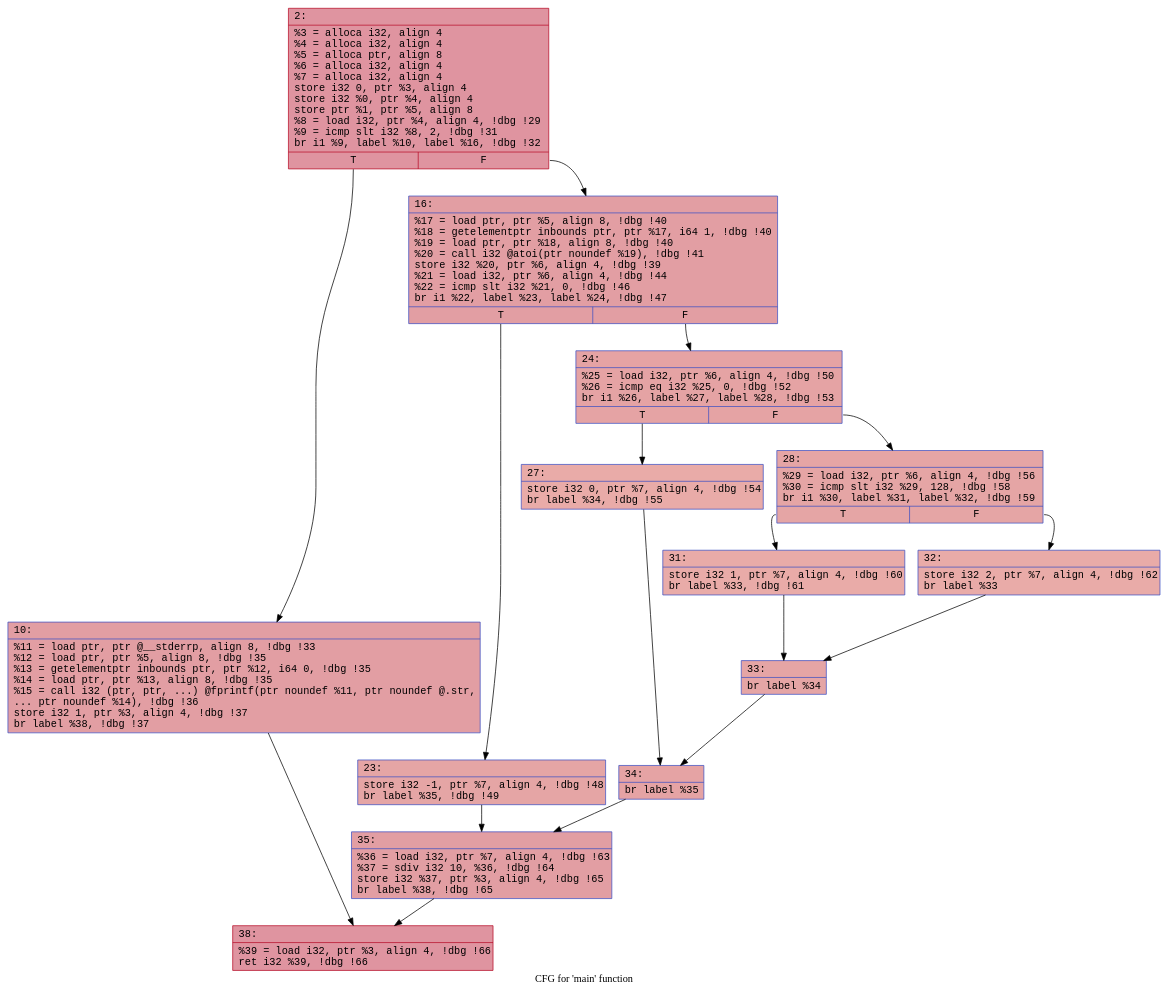
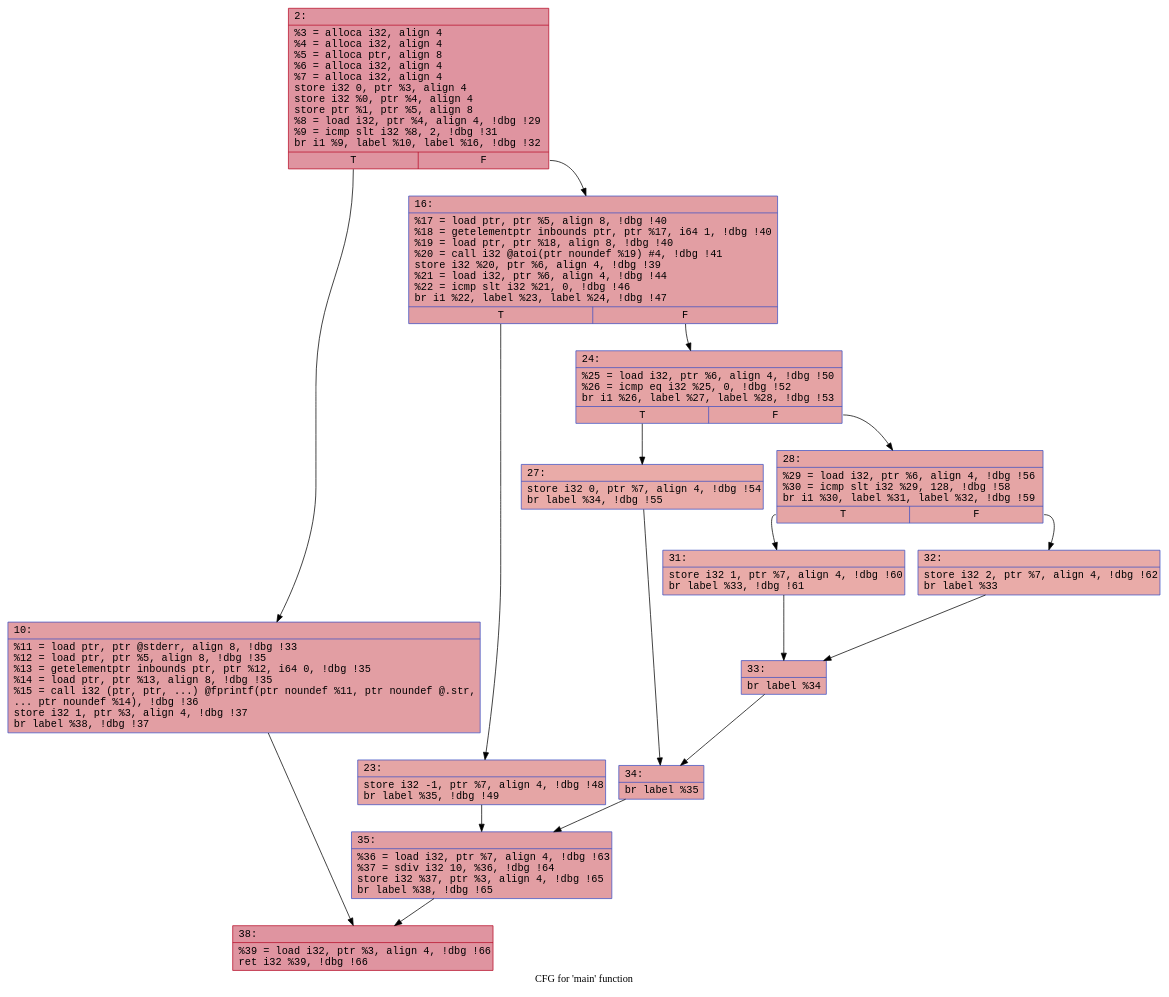
The diagram in llvm/feli/cfgs/mainPUA.dot (FelicitasGarcia/MimicryMonitor), drawn with Graphviz before and after one commit. The commit also changed 65 other files, not shown here.

```diff
--- a/llvm/feli/cfgs/mainPUA.dot
+++ b/llvm/feli/cfgs/mainPUA.dot
@@ -1,33 +1,33 @@
 digraph "CFG for 'main' function" {
 	label="CFG for 'main' function";
 
-	Node0x600003a809b0 [shape=record,color="#b70d28ff", style=filled, fillcolor="#b70d2870" fontname="Courier",label="{2:\l|  %3 = alloca i32, align 4\l  %4 = alloca i32, align 4\l  %5 = alloca ptr, align 8\l  %6 = alloca i32, align 4\l  %7 = alloca i32, align 4\l  store i32 0, ptr %3, align 4\l  store i32 %0, ptr %4, align 4\l  store ptr %1, ptr %5, align 8\l  %8 = load i32, ptr %4, align 4, !dbg !29\l  %9 = icmp slt i32 %8, 2, !dbg !31\l  br i1 %9, label %10, label %16, !dbg !32\l|{<s0>T|<s1>F}}"];
-	Node0x600003a809b0:s0 -> Node0x600003a80a50;
-	Node0x600003a809b0:s1 -> Node0x600003a80aa0;
-	Node0x600003a80a50 [shape=record,color="#3d50c3ff", style=filled, fillcolor="#be242e70" fontname="Courier",label="{10:\l|  %11 = load ptr, ptr @__stderrp, align 8, !dbg !33\l  %12 = load ptr, ptr %5, align 8, !dbg !35\l  %13 = getelementptr inbounds ptr, ptr %12, i64 0, !dbg !35\l  %14 = load ptr, ptr %13, align 8, !dbg !35\l  %15 = call i32 (ptr, ptr, ...) @fprintf(ptr noundef %11, ptr noundef @.str,\l... ptr noundef %14), !dbg !36\l  store i32 1, ptr %3, align 4, !dbg !37\l  br label %38, !dbg !37\l}"];
-	Node0x600003a80a50 -> Node0x600003a80b40;
-	Node0x600003a80aa0 [shape=record,color="#3d50c3ff", style=filled, fillcolor="#be242e70" fontname="Courier",label="{16:\l|  %17 = load ptr, ptr %5, align 8, !dbg !40\l  %18 = getelementptr inbounds ptr, ptr %17, i64 1, !dbg !40\l  %19 = load ptr, ptr %18, align 8, !dbg !40\l  %20 = call i32 @atoi(ptr noundef %19), !dbg !41\l  store i32 %20, ptr %6, align 4, !dbg !39\l  %21 = load i32, ptr %6, align 4, !dbg !44\l  %22 = icmp slt i32 %21, 0, !dbg !46\l  br i1 %22, label %23, label %24, !dbg !47\l|{<s0>T|<s1>F}}"];
-	Node0x600003a80aa0:s0 -> Node0x600003a80be0;
-	Node0x600003a80aa0:s1 -> Node0x600003a80c30;
-	Node0x600003a80be0 [shape=record,color="#3d50c3ff", style=filled, fillcolor="#c5333470" fontname="Courier",label="{23:\l|  store i32 -1, ptr %7, align 4, !dbg !48\l  br label %35, !dbg !49\l}"];
-	Node0x600003a80be0 -> Node0x600003a80c80;
-	Node0x600003a80c30 [shape=record,color="#3d50c3ff", style=filled, fillcolor="#c32e3170" fontname="Courier",label="{24:\l|  %25 = load i32, ptr %6, align 4, !dbg !50\l  %26 = icmp eq i32 %25, 0, !dbg !52\l  br i1 %26, label %27, label %28, !dbg !53\l|{<s0>T|<s1>F}}"];
-	Node0x600003a80c30:s0 -> Node0x600003a80cd0;
-	Node0x600003a80c30:s1 -> Node0x600003a80d20;
-	Node0x600003a80cd0 [shape=record,color="#3d50c3ff", style=filled, fillcolor="#cc403a70" fontname="Courier",label="{27:\l|  store i32 0, ptr %7, align 4, !dbg !54\l  br label %34, !dbg !55\l}"];
-	Node0x600003a80cd0 -> Node0x600003a80d70;
-	Node0x600003a80d20 [shape=record,color="#3d50c3ff", style=filled, fillcolor="#c5333470" fontname="Courier",label="{28:\l|  %29 = load i32, ptr %6, align 4, !dbg !56\l  %30 = icmp slt i32 %29, 128, !dbg !58\l  br i1 %30, label %31, label %32, !dbg !59\l|{<s0>T|<s1>F}}"];
-	Node0x600003a80d20:s0 -> Node0x600003a80dc0;
-	Node0x600003a80d20:s1 -> Node0x600003a80e10;
-	Node0x600003a80dc0 [shape=record,color="#3d50c3ff", style=filled, fillcolor="#cc403a70" fontname="Courier",label="{31:\l|  store i32 1, ptr %7, align 4, !dbg !60\l  br label %33, !dbg !61\l}"];
-	Node0x600003a80dc0 -> Node0x600003a80e60;
-	Node0x600003a80e10 [shape=record,color="#3d50c3ff", style=filled, fillcolor="#cc403a70" fontname="Courier",label="{32:\l|  store i32 2, ptr %7, align 4, !dbg !62\l  br label %33\l}"];
-	Node0x600003a80e10 -> Node0x600003a80e60;
-	Node0x600003a80e60 [shape=record,color="#3d50c3ff", style=filled, fillcolor="#c5333470" fontname="Courier",label="{33:\l|  br label %34\l}"];
-	Node0x600003a80e60 -> Node0x600003a80d70;
-	Node0x600003a80d70 [shape=record,color="#3d50c3ff", style=filled, fillcolor="#c32e3170" fontname="Courier",label="{34:\l|  br label %35\l}"];
-	Node0x600003a80d70 -> Node0x600003a80c80;
-	Node0x600003a80c80 [shape=record,color="#3d50c3ff", style=filled, fillcolor="#be242e70" fontname="Courier",label="{35:\l|  %36 = load i32, ptr %7, align 4, !dbg !63\l  %37 = sdiv i32 10, %36, !dbg !64\l  store i32 %37, ptr %3, align 4, !dbg !65\l  br label %38, !dbg !65\l}"];
-	Node0x600003a80c80 -> Node0x600003a80b40;
-	Node0x600003a80b40 [shape=record,color="#b70d28ff", style=filled, fillcolor="#b70d2870" fontname="Courier",label="{38:\l|  %39 = load i32, ptr %3, align 4, !dbg !66\l  ret i32 %39, !dbg !66\l}"];
+	Node0x5d8470920af0 [shape=record,color="#b70d28ff", style=filled, fillcolor="#b70d2870" fontname="Courier",label="{2:\l|  %3 = alloca i32, align 4\l  %4 = alloca i32, align 4\l  %5 = alloca ptr, align 8\l  %6 = alloca i32, align 4\l  %7 = alloca i32, align 4\l  store i32 0, ptr %3, align 4\l  store i32 %0, ptr %4, align 4\l  store ptr %1, ptr %5, align 8\l  %8 = load i32, ptr %4, align 4, !dbg !29\l  %9 = icmp slt i32 %8, 2, !dbg !31\l  br i1 %9, label %10, label %16, !dbg !32\l|{<s0>T|<s1>F}}"];
+	Node0x5d8470920af0:s0 -> Node0x5d8470925e80[tooltip="2 -> 10\nProbability 50.00%" ];
+	Node0x5d8470920af0:s1 -> Node0x5d8470925f20[tooltip="2 -> 16\nProbability 50.00%" ];
+	Node0x5d8470925e80 [shape=record,color="#3d50c3ff", style=filled, fillcolor="#be242e70" fontname="Courier",label="{10:\l|  %11 = load ptr, ptr @stderr, align 8, !dbg !33\l  %12 = load ptr, ptr %5, align 8, !dbg !35\l  %13 = getelementptr inbounds ptr, ptr %12, i64 0, !dbg !35\l  %14 = load ptr, ptr %13, align 8, !dbg !35\l  %15 = call i32 (ptr, ptr, ...) @fprintf(ptr noundef %11, ptr noundef @.str,\l... ptr noundef %14), !dbg !36\l  store i32 1, ptr %3, align 4, !dbg !37\l  br label %38, !dbg !37\l}"];
+	Node0x5d8470925e80 -> Node0x5d8470927070[tooltip="10 -> 38\nProbability 100.00%" ];
+	Node0x5d8470925f20 [shape=record,color="#3d50c3ff", style=filled, fillcolor="#be242e70" fontname="Courier",label="{16:\l|  %17 = load ptr, ptr %5, align 8, !dbg !40\l  %18 = getelementptr inbounds ptr, ptr %17, i64 1, !dbg !40\l  %19 = load ptr, ptr %18, align 8, !dbg !40\l  %20 = call i32 @atoi(ptr noundef %19) #4, !dbg !41\l  store i32 %20, ptr %6, align 4, !dbg !39\l  %21 = load i32, ptr %6, align 4, !dbg !44\l  %22 = icmp slt i32 %21, 0, !dbg !46\l  br i1 %22, label %23, label %24, !dbg !47\l|{<s0>T|<s1>F}}"];
+	Node0x5d8470925f20:s0 -> Node0x5d8470929660[tooltip="16 -> 23\nProbability 37.50%" ];
+	Node0x5d8470925f20:s1 -> Node0x5d8470929700[tooltip="16 -> 24\nProbability 62.50%" ];
+	Node0x5d8470929660 [shape=record,color="#3d50c3ff", style=filled, fillcolor="#c5333470" fontname="Courier",label="{23:\l|  store i32 -1, ptr %7, align 4, !dbg !48\l  br label %35, !dbg !49\l}"];
+	Node0x5d8470929660 -> Node0x5d8470929b30[tooltip="23 -> 35\nProbability 100.00%" ];
+	Node0x5d8470929700 [shape=record,color="#3d50c3ff", style=filled, fillcolor="#c32e3170" fontname="Courier",label="{24:\l|  %25 = load i32, ptr %6, align 4, !dbg !50\l  %26 = icmp eq i32 %25, 0, !dbg !52\l  br i1 %26, label %27, label %28, !dbg !53\l|{<s0>T|<s1>F}}"];
+	Node0x5d8470929700:s0 -> Node0x5d847092a0d0[tooltip="24 -> 27\nProbability 37.50%" ];
+	Node0x5d8470929700:s1 -> Node0x5d847092a170[tooltip="24 -> 28\nProbability 62.50%" ];
+	Node0x5d847092a0d0 [shape=record,color="#3d50c3ff", style=filled, fillcolor="#cc403a70" fontname="Courier",label="{27:\l|  store i32 0, ptr %7, align 4, !dbg !54\l  br label %34, !dbg !55\l}"];
+	Node0x5d847092a0d0 -> Node0x5d847092a5a0[tooltip="27 -> 34\nProbability 100.00%" ];
+	Node0x5d847092a170 [shape=record,color="#3d50c3ff", style=filled, fillcolor="#c5333470" fontname="Courier",label="{28:\l|  %29 = load i32, ptr %6, align 4, !dbg !56\l  %30 = icmp slt i32 %29, 128, !dbg !58\l  br i1 %30, label %31, label %32, !dbg !59\l|{<s0>T|<s1>F}}"];
+	Node0x5d847092a170:s0 -> Node0x5d847092ab40[tooltip="28 -> 31\nProbability 50.00%" ];
+	Node0x5d847092a170:s1 -> Node0x5d847092abe0[tooltip="28 -> 32\nProbability 50.00%" ];
+	Node0x5d847092ab40 [shape=record,color="#3d50c3ff", style=filled, fillcolor="#cc403a70" fontname="Courier",label="{31:\l|  store i32 1, ptr %7, align 4, !dbg !60\l  br label %33, !dbg !61\l}"];
+	Node0x5d847092ab40 -> Node0x5d847092b010[tooltip="31 -> 33\nProbability 100.00%" ];
+	Node0x5d847092abe0 [shape=record,color="#3d50c3ff", style=filled, fillcolor="#cc403a70" fontname="Courier",label="{32:\l|  store i32 2, ptr %7, align 4, !dbg !62\l  br label %33\l}"];
+	Node0x5d847092abe0 -> Node0x5d847092b010[tooltip="32 -> 33\nProbability 100.00%" ];
+	Node0x5d847092b010 [shape=record,color="#3d50c3ff", style=filled, fillcolor="#c5333470" fontname="Courier",label="{33:\l|  br label %34\l}"];
+	Node0x5d847092b010 -> Node0x5d847092a5a0[tooltip="33 -> 34\nProbability 100.00%" ];
+	Node0x5d847092a5a0 [shape=record,color="#3d50c3ff", style=filled, fillcolor="#c32e3170" fontname="Courier",label="{34:\l|  br label %35\l}"];
+	Node0x5d847092a5a0 -> Node0x5d8470929b30[tooltip="34 -> 35\nProbability 100.00%" ];
+	Node0x5d8470929b30 [shape=record,color="#3d50c3ff", style=filled, fillcolor="#be242e70" fontname="Courier",label="{35:\l|  %36 = load i32, ptr %7, align 4, !dbg !63\l  %37 = sdiv i32 10, %36, !dbg !64\l  store i32 %37, ptr %3, align 4, !dbg !65\l  br label %38, !dbg !65\l}"];
+	Node0x5d8470929b30 -> Node0x5d8470927070[tooltip="35 -> 38\nProbability 100.00%" ];
+	Node0x5d8470927070 [shape=record,color="#b70d28ff", style=filled, fillcolor="#b70d2870" fontname="Courier",label="{38:\l|  %39 = load i32, ptr %3, align 4, !dbg !66\l  ret i32 %39, !dbg !66\l}"];
 }
```
